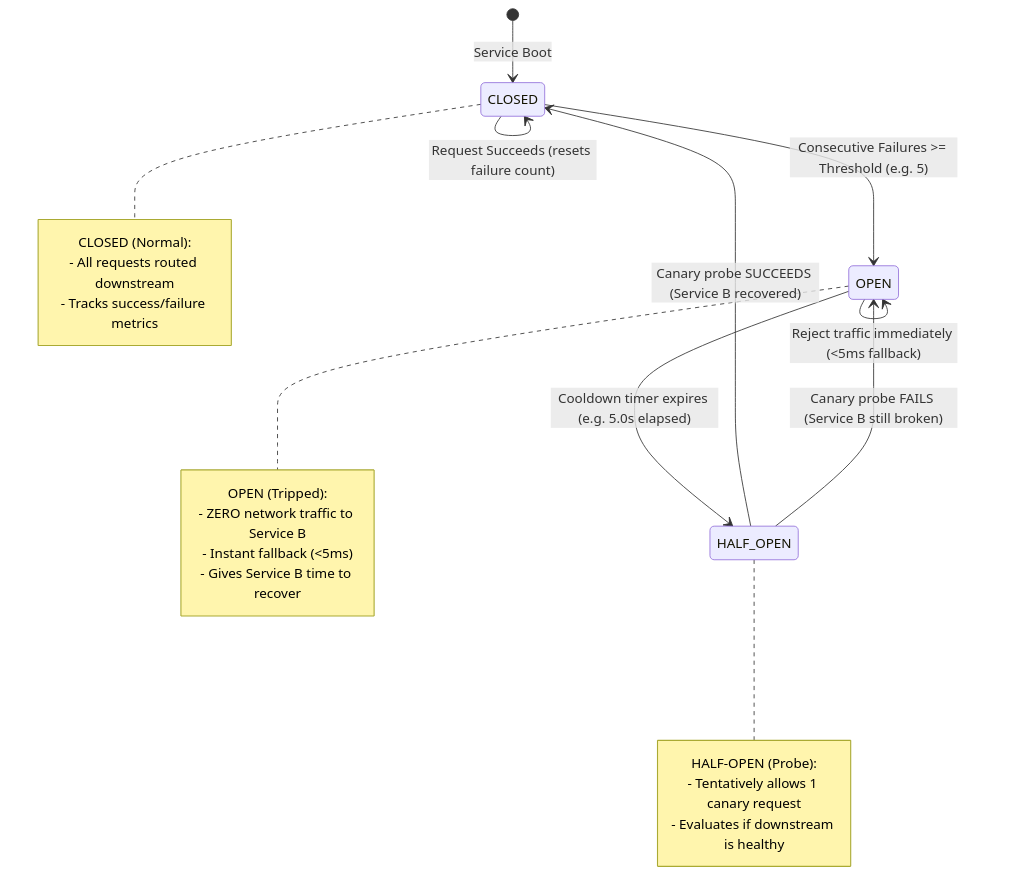
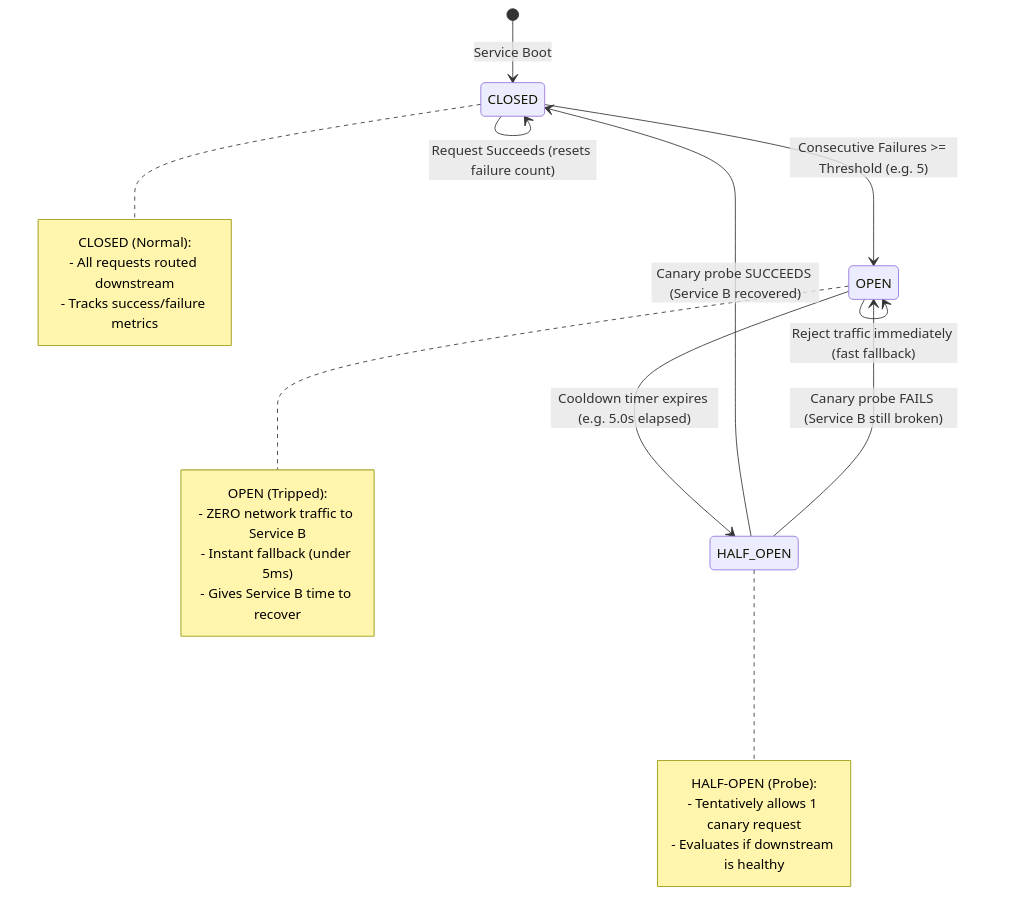
The diagram in docs/03-circuit-breaker.md (yodh4/ubiquitous-parakeet), drawn with Mermaid before and after one commit. The commit also changed other lines of this file and 5 other files, not shown here.

Commit message:
Docs: Remove redundant ASCII diagrams and fix Mermaid parser errors across all guides

````diff
--- a/docs/03-circuit-breaker.md
+++ b/docs/03-circuit-breaker.md
@@ -19,32 +19,32 @@
 ```mermaid
 stateDiagram-v2
     [*] --> CLOSED: Service Boot
 
     CLOSED --> CLOSED: Request Succeeds (resets failure count)
     CLOSED --> OPEN: Consecutive Failures >= Threshold (e.g. 5)
 
     note right of CLOSED
         CLOSED (Normal):
         - All requests routed downstream
         - Tracks success/failure metrics
     end note
 
-    OPEN --> OPEN: Reject traffic immediately (<5ms fallback)
+    OPEN --> OPEN: Reject traffic immediately (fast fallback)
     OPEN --> HALF_OPEN: Cooldown timer expires (e.g. 5.0s elapsed)
 
     note right of OPEN
         OPEN (Tripped):
         - ZERO network traffic to Service B
-        - Instant fallback (<5ms)
+        - Instant fallback (under 5ms)
         - Gives Service B time to recover
     end note
 
     HALF_OPEN --> CLOSED: Canary probe SUCCEEDS (Service B recovered)
     HALF_OPEN --> OPEN: Canary probe FAILS (Service B still broken)
 
     note right of HALF_OPEN
         HALF-OPEN (Probe):
         - Tentatively allows 1 canary request
         - Evaluates if downstream is healthy
     end note
 ```
````
